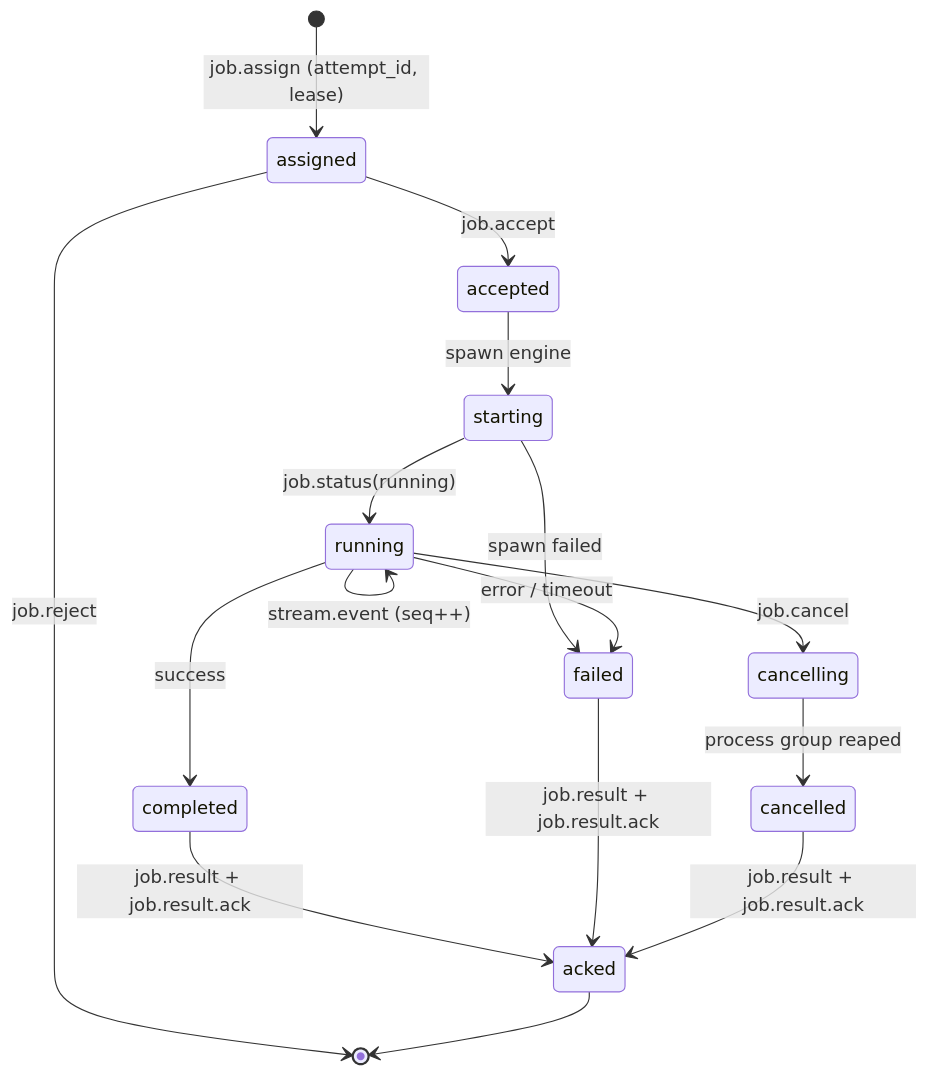
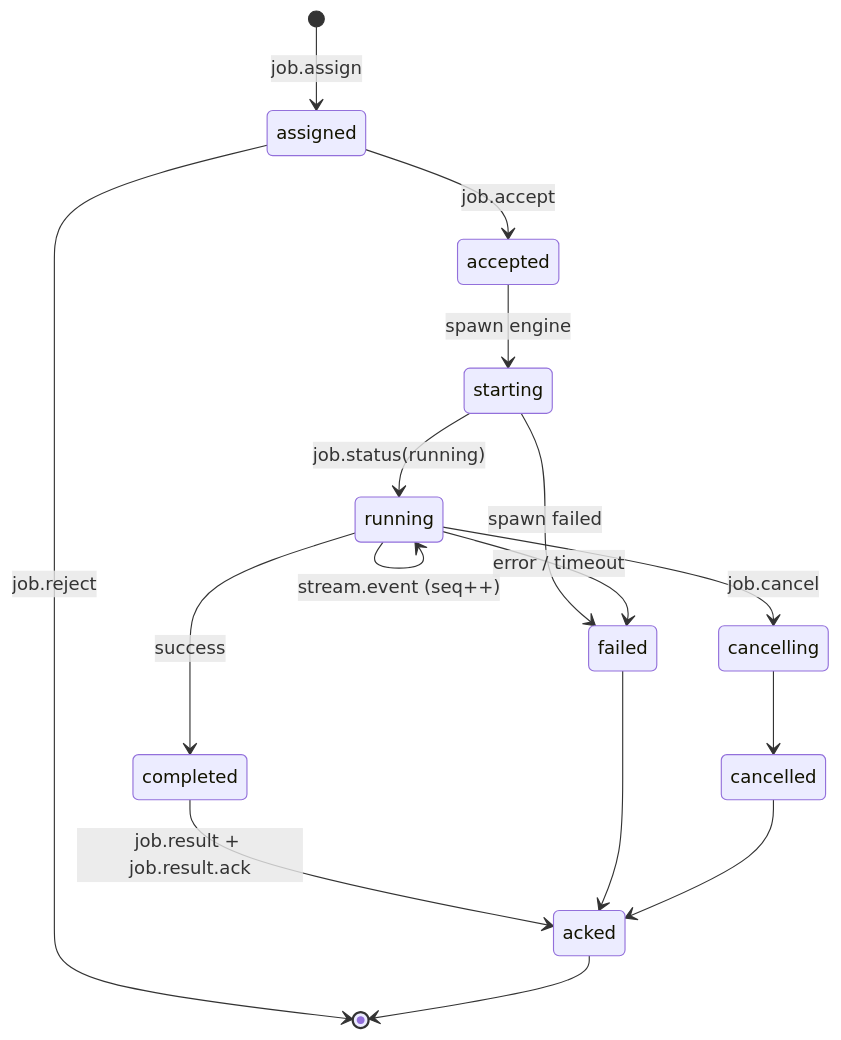
The second of 3 diagrams in protocol/README.md (Karnian/hugin-agent), drawn with Mermaid before and after one commit. The commit also changed other lines of this file and 6 other files, not shown here.

````diff
--- a/protocol/README.md
+++ b/protocol/README.md
@@ -73,18 +83,18 @@
 ```mermaid
 stateDiagram-v2
-    [*] --> assigned: job.assign (attempt_id, lease)
+    [*] --> assigned: job.assign
     assigned --> accepted: job.accept
     assigned --> [*]: job.reject
     accepted --> starting: spawn engine
     starting --> running: job.status(running)
     starting --> failed: spawn failed
     running --> running: stream.event (seq++)
     running --> cancelling: job.cancel
-    cancelling --> cancelled: process group reaped
+    cancelling --> cancelled
     running --> completed: success
     running --> failed: error / timeout
     completed --> acked: job.result + job.result.ack
-    failed --> acked: job.result + job.result.ack
-    cancelled --> acked: job.result + job.result.ack
+    failed --> acked
+    cancelled --> acked
     acked --> [*]
 ```
````
